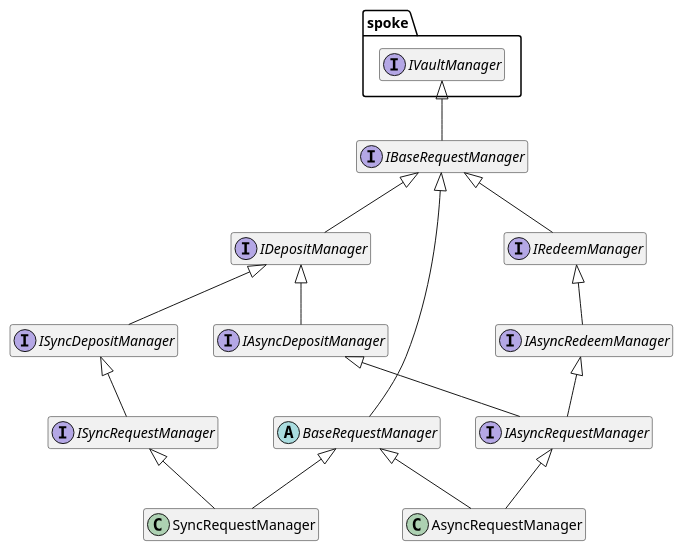
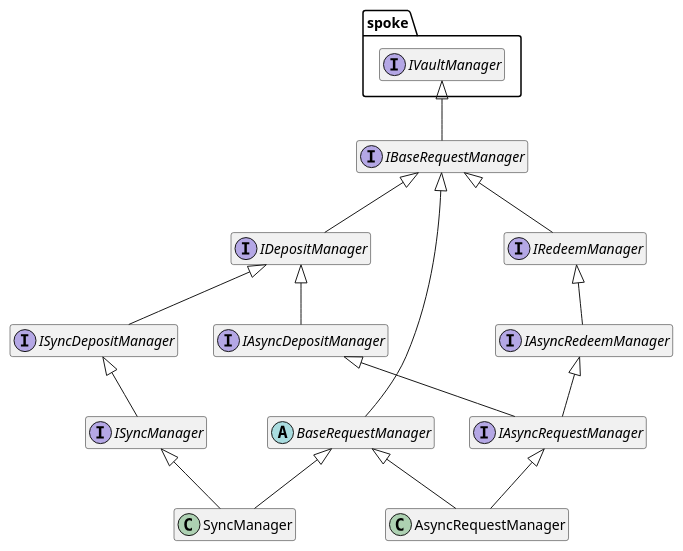
The diagram in docs/architecture/vaults/managers.puml (centrifuge/protocol), drawn with PlantUML before and after one commit. The commit also changed 26 other files, not shown here.

```diff
--- a/docs/architecture/vaults/managers.puml
+++ b/docs/architecture/vaults/managers.puml
@@ -1,44 +1,44 @@
 @startuml
 hide empty members
 
 package spoke {
     interface IVaultManager
 }
 
 interface IBaseRequestManager
 
 interface IDepositManager
 interface IRedeemManager
 
 interface IAsyncDepositManager
 interface ISyncDepositManager
 interface IAsyncRedeemManager
 
 interface IAsyncRequestManager
-interface ISyncRequestManager
+interface ISyncManager
 
 IBaseRequestManager -up-|> IVaultManager
 IDepositManager -up-|> IBaseRequestManager
 IRedeemManager -up-|> IBaseRequestManager
 
 IAsyncDepositManager -up-|> IDepositManager
 ISyncDepositManager -up-|> IDepositManager
 IAsyncRedeemManager -up-|> IRedeemManager
 
 IAsyncRequestManager -up-|> IAsyncDepositManager
 IAsyncRequestManager -up-|> IAsyncRedeemManager
 
-ISyncRequestManager -up-|> ISyncDepositManager
+ISyncManager -up-|> ISyncDepositManager
 
 abstract BaseRequestManager
 class AsyncRequestManager
-class SyncRequestManager
+class SyncManager
 
 AsyncRequestManager -up-|> BaseRequestManager
-SyncRequestManager -up-|> BaseRequestManager
+SyncManager -up-|> BaseRequestManager
 
 BaseRequestManager -up-|> IBaseRequestManager
 AsyncRequestManager -up-|> IAsyncRequestManager
-SyncRequestManager -up-|> ISyncRequestManager
+SyncManager -up-|> ISyncManager
 
 @enduml
```
